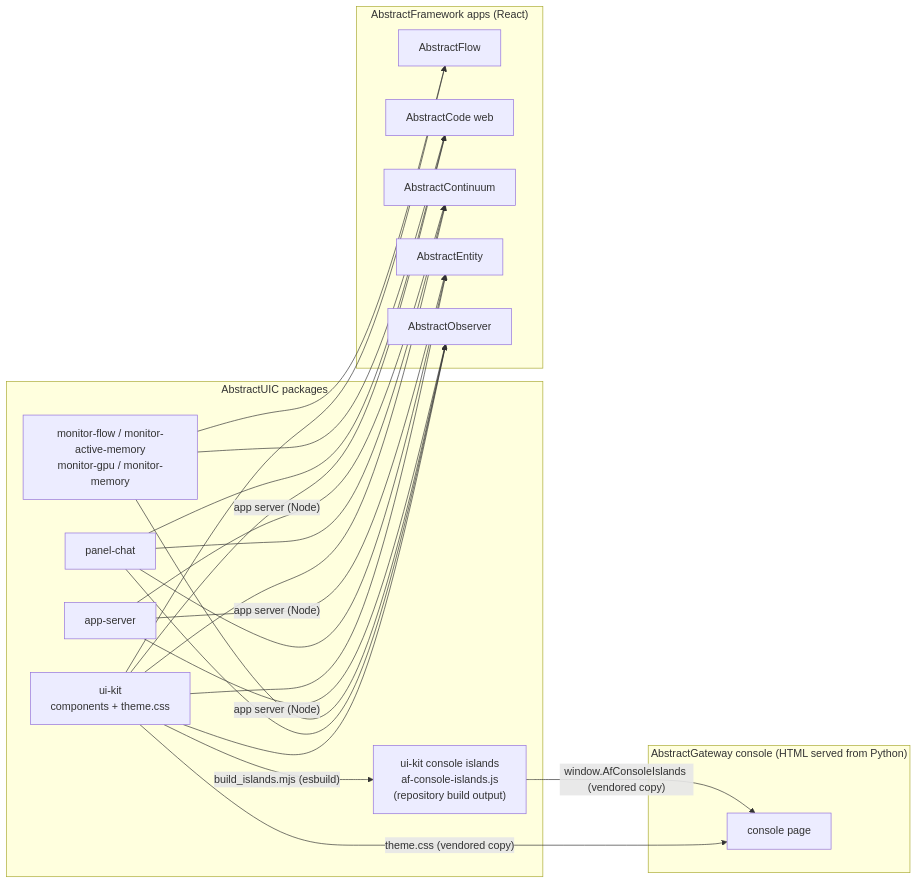
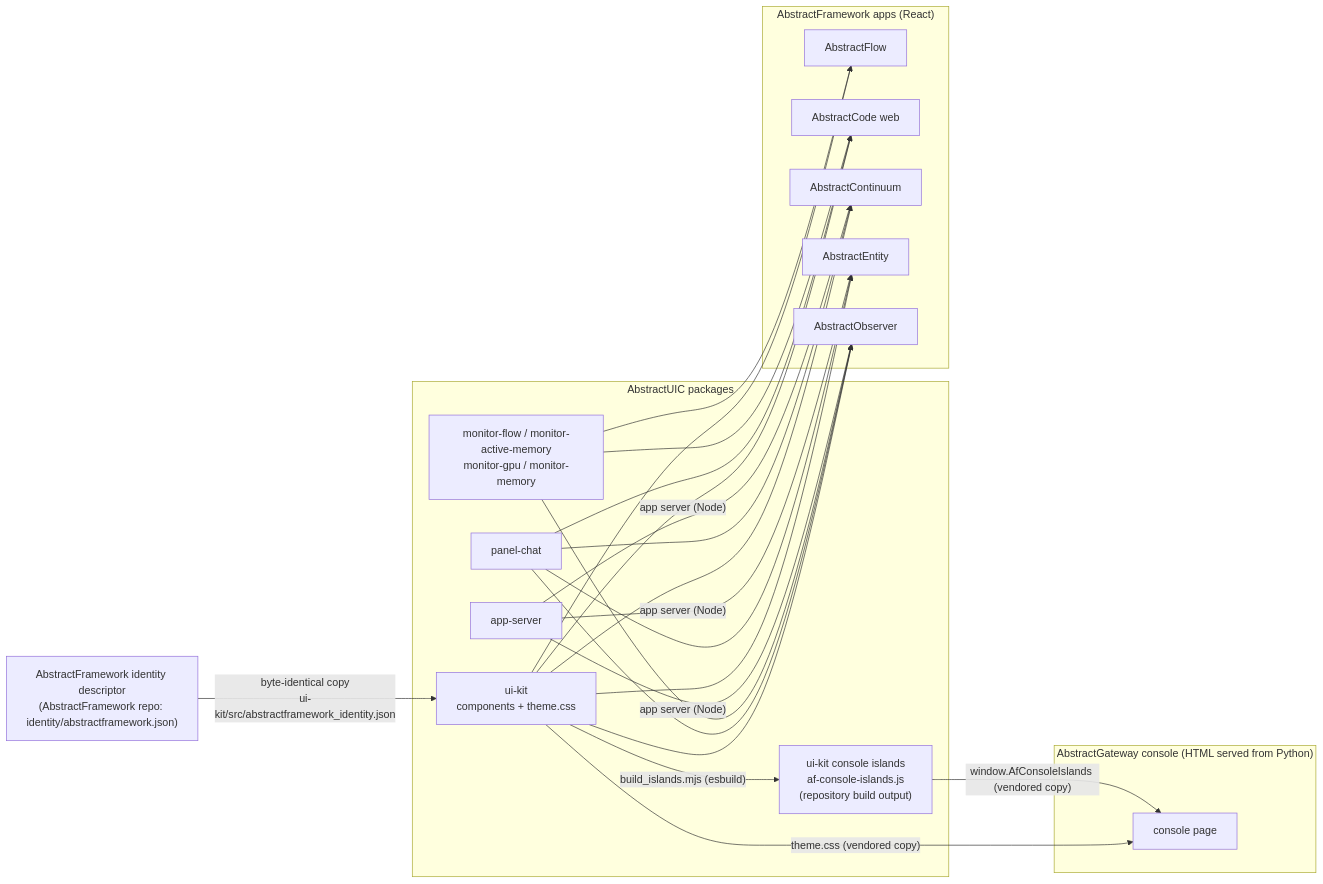
One commit to lpalbou/AbstractUIC changed the first of 7 diagrams in docs/architecture.md. Above: the diagram before and after it, drawn with Mermaid. The commit also changed other lines of this file and 13 other files, not shown here.

````diff
--- a/docs/architecture.md
+++ b/docs/architecture.md
@@ -26,31 +26,34 @@
 ```mermaid
 flowchart LR
   subgraph UIC["AbstractUIC packages"]
     UIKIT["ui-kit<br/>components + theme.css"]
     ISL["ui-kit console islands<br/>af-console-islands.js<br/>(repository build output)"]
     CHAT["panel-chat"]
     APPSRV["app-server"]
     MON["monitor-flow / monitor-active-memory<br/>monitor-gpu / monitor-memory"]
   end
 
   UIKIT -->|"build_islands.mjs (esbuild)"| ISL
 
   subgraph Apps["AbstractFramework apps (React)"]
     FLOWAPP["AbstractFlow"]
     CODE["AbstractCode web"]
     CONT["AbstractContinuum"]
     ENT["AbstractEntity"]
     OBS["AbstractObserver"]
   end
 
   subgraph GW["AbstractGateway console (HTML served from Python)"]
     CONSOLE["console page"]
   end
 
+  IDDESC["AbstractFramework identity descriptor<br/>(AbstractFramework repo: identity/abstractframework.json)"]
+  IDDESC -->|"byte-identical copy<br/>ui-kit/src/abstractframework_identity.json"| UIKIT
+
   UIKIT --> FLOWAPP & CODE & CONT & ENT & OBS
   CHAT --> CODE & CONT & ENT & OBS
   MON --> FLOWAPP & CODE & OBS
   APPSRV -->|"app server (Node)"| CONT & ENT & OBS
   UIKIT -->|"theme.css (vendored copy)"| CONSOLE
   ISL -->|"window.AfConsoleIslands (vendored copy)"| CONSOLE
 ```
````
